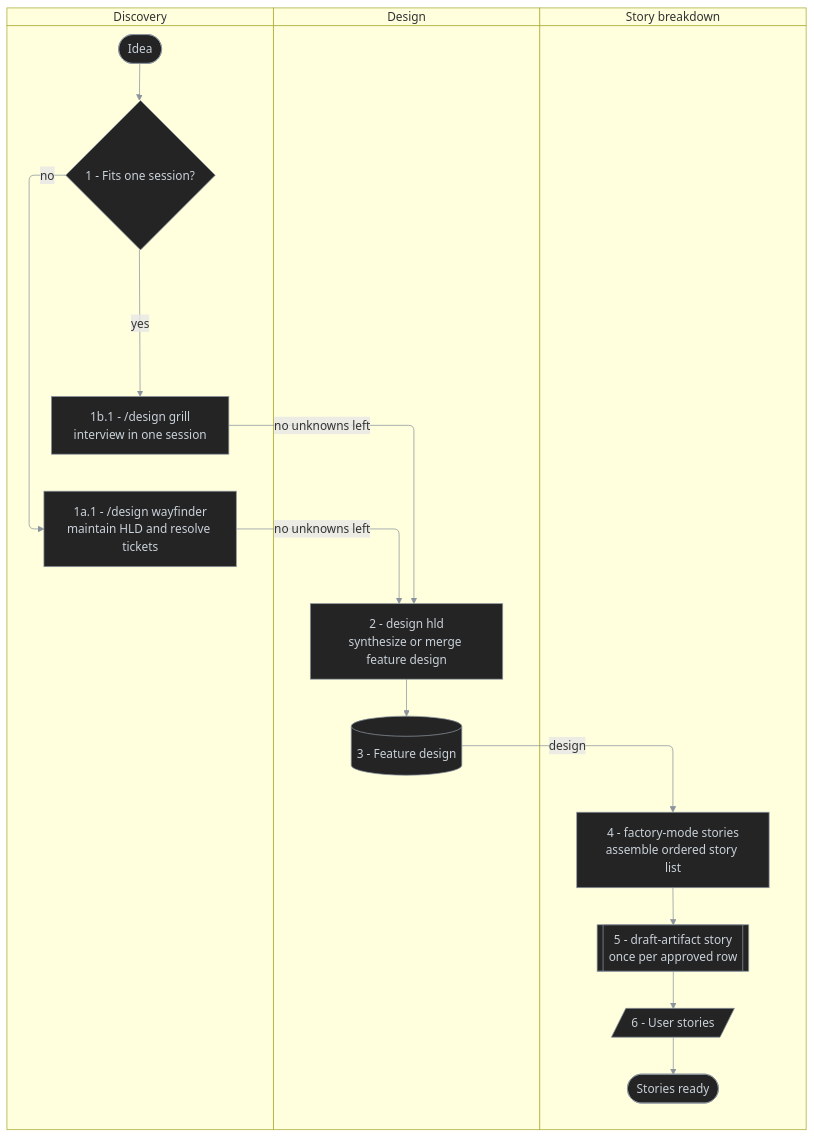
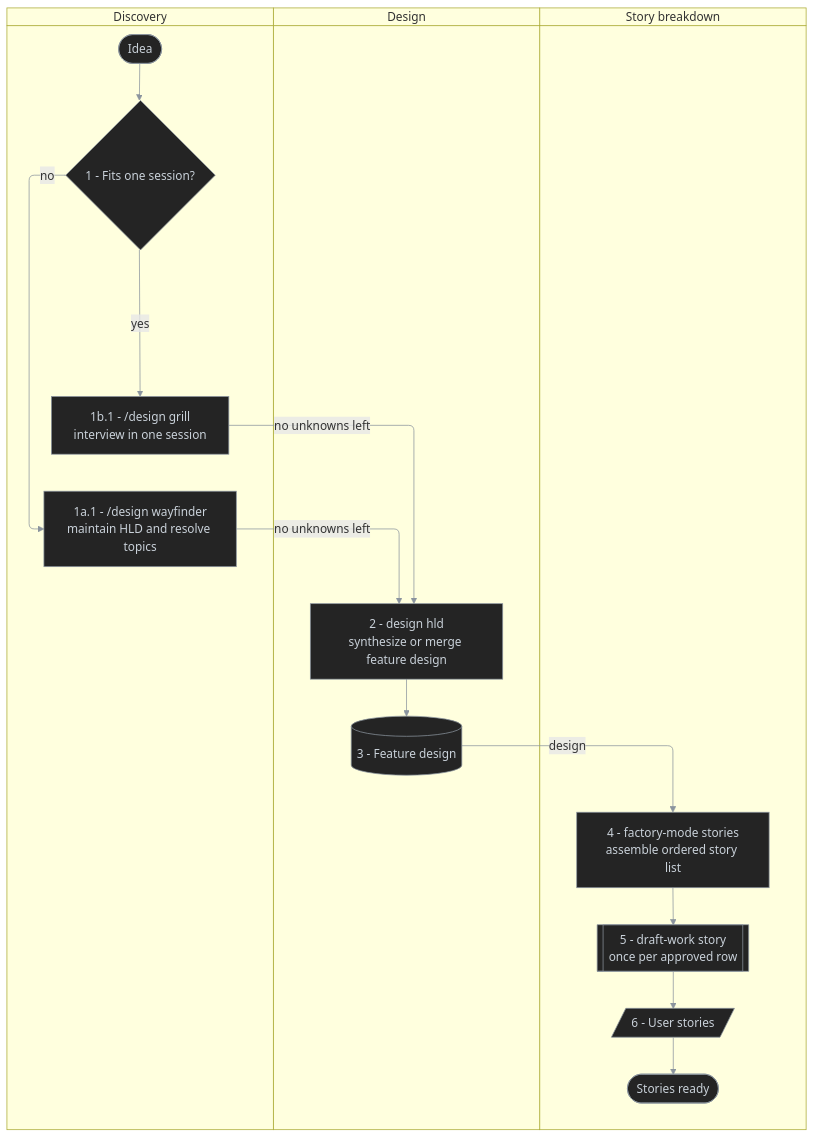
The second of 4 diagrams in plugins/wf/README.md (antshc/brain), drawn with Mermaid before and after one commit. The commit also changed other lines of this file and 90 other files, not shown here.

````diff
--- a/plugins/wf/README.md
+++ b/plugins/wf/README.md
@@ -77,33 +77,33 @@
 ```mermaid
 %%{init: {'themeVariables': {'lineColor': '#8b949e'}}}%%
 %% diagram-id: wf-design-to-stories-swimlane
 swimlane-beta TB
   accTitle: Design and story breakdown responsibility
   accDescr: Shows unknowns resolved by /design wayfinder or /design grill, a feature design synthesized by design hld, and the design broken down into User stories by the factory-mode Stories playbook.
 
   subgraph discovery [Discovery]
     idea([Idea])
     effortSize{1 - Fits one session?}
-    wayfinder[1a.1 - /design wayfinder<br/>maintain HLD and resolve tickets]
+    wayfinder[1a.1 - /design wayfinder<br/>maintain HLD and resolve topics]
     grillDesign[1b.1 - /design grill<br/>interview in one session]
   end
 
   subgraph design [Design]
     toZdesign[2 - design hld<br/>synthesize or merge feature design]
     designDoc[(3 - Feature design)]
   end
 
   subgraph breakdown [Story breakdown]
     toStories[4 - factory-mode stories<br/>assemble ordered story list]
-    draftStory[[5 - draft-artifact story<br/>once per approved row]]
+    draftStory[[5 - draft-work story<br/>once per approved row]]
     stories[/6 - User stories/]
     done([Stories ready])
   end
 
   idea --> effortSize
   effortSize -->|no| wayfinder -->|no unknowns left| toZdesign
   effortSize -->|yes| grillDesign -->|no unknowns left| toZdesign
   toZdesign --> designDoc -->|design| toStories --> draftStory --> stories --> done
 
   classDef default fill:#242424,stroke:#8b949e,color:#c9d1d9,stroke-width:1px
 ```
````
